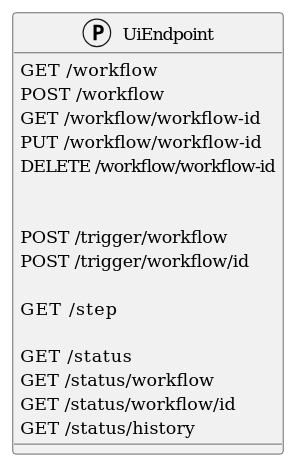
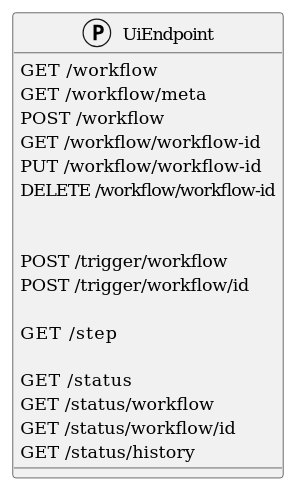
Before and after one commit to COSSAS/SOARCA: the first of 19 diagrams in doc/soarca-api.md, drawn with PlantUML. The commit also changed other lines of this file, not shown here.

````diff
--- a/doc/soarca-api.md
+++ b/doc/soarca-api.md
@@ -13,23 +13,24 @@
 ```plantuml
 @startuml
 protocol UiEndpoint {
     GET     /workflow
+    GET     /workflow/meta
     POST    /workflow
     GET     /workflow/workflow-id
     PUT     /workflow/workflow-id
     DELETE  /workflow/workflow-id
 
 
     POST    /trigger/workflow
     POST    /trigger/workflow/id
 
     GET     /step
 
     GET     /status
     GET     /status/workflow
     GET     /status/workflow/id
     GET     /status/history
 
 }
 @enduml
 ```
````
